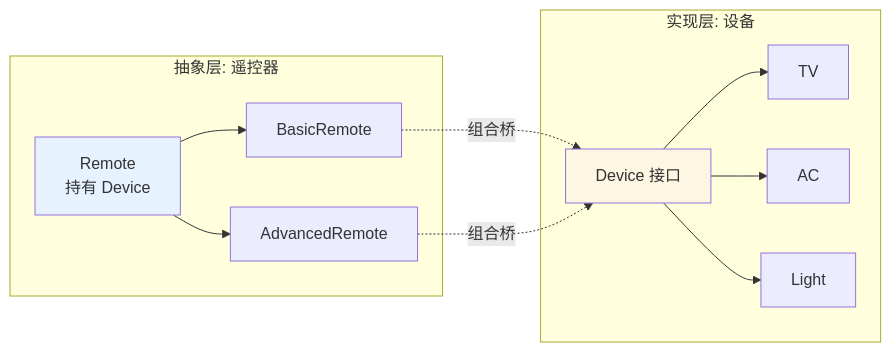
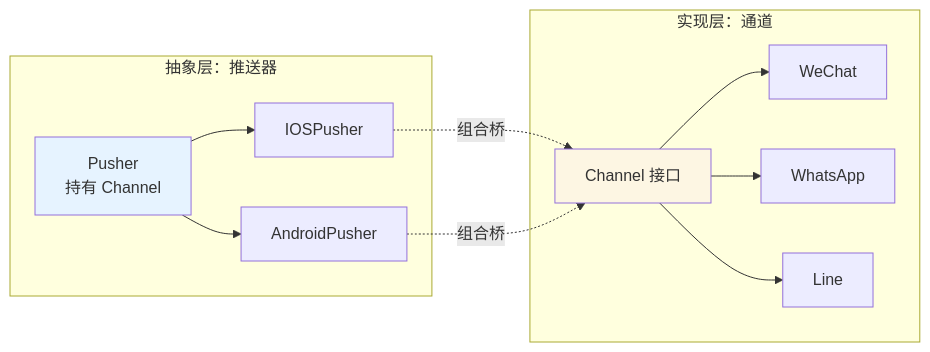
One commit to chongyang211/YCBookBlog changed the third of 7 diagrams in docs/08.编程/03.巧学设计模式/10.桥接模式设计思想.md. Above: the diagram before and after it, drawn with Mermaid. The commit also changed other lines of this file and 22 other files, not shown here.

````diff
--- a/docs/08.编程/03.巧学设计模式/10.桥接模式设计思想.md
+++ b/docs/08.编程/03.巧学设计模式/10.桥接模式设计思想.md
@@ -149,18 +229,18 @@
 ```mermaid
 flowchart LR
-    subgraph 抽象层[抽象层: 遥控器]
-        R[Remote<br/>持有 Device]
-        R --> BR[BasicRemote]
-        R --> AR[AdvancedRemote]
+    subgraph 抽象层[抽象层：推送器]
+        R[Pusher<br/>持有 Channel]
+        R --> BR[IOSPusher]
+        R --> AR[AndroidPusher]
     end
-    subgraph 实现层[实现层: 设备]
-        D[Device 接口]
-        D --> TV
-        D --> AC
-        D --> L[Light]
+    subgraph 实现层[实现层：通道]
+        D[Channel 接口]
+        D --> WC[WeChat]
+        D --> WA[WhatsApp]
+        D --> LN[Line]
     end
     BR -.组合桥.-> D
     AR -.组合桥.-> D
     style R fill:#e6f3ff
     style D fill:#fdf6e3
 ```
````
